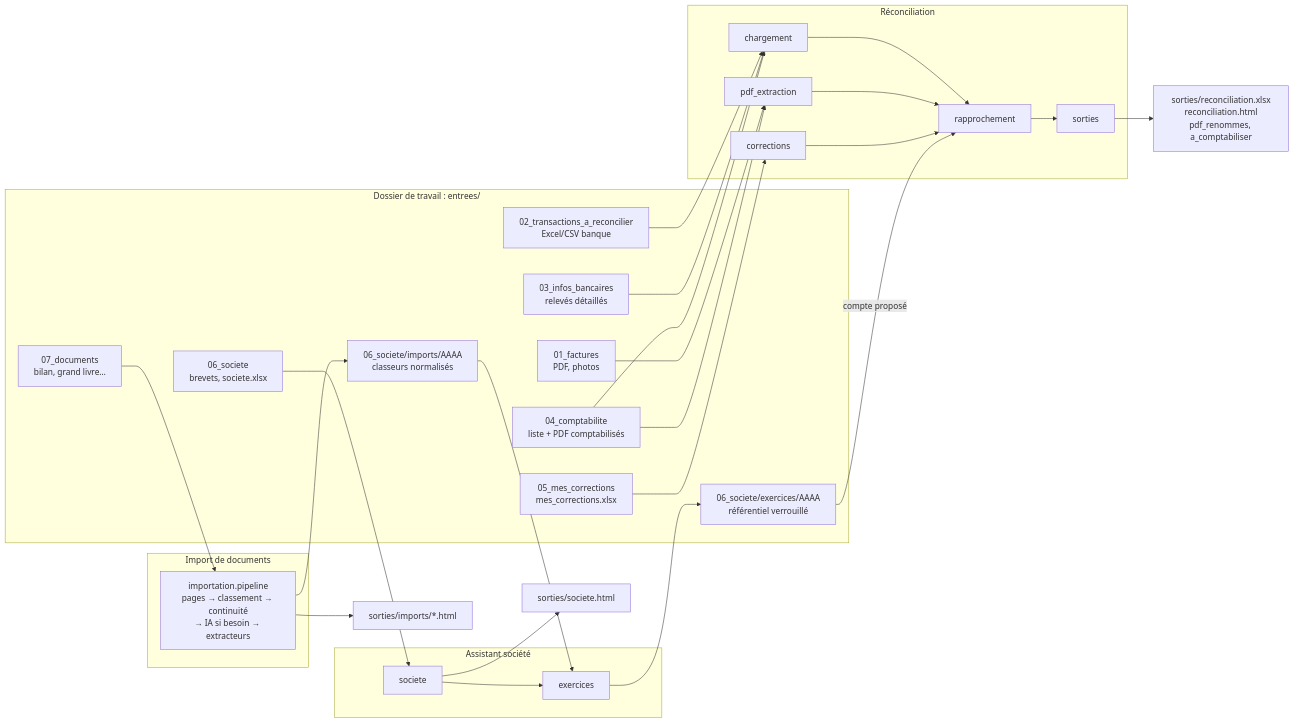
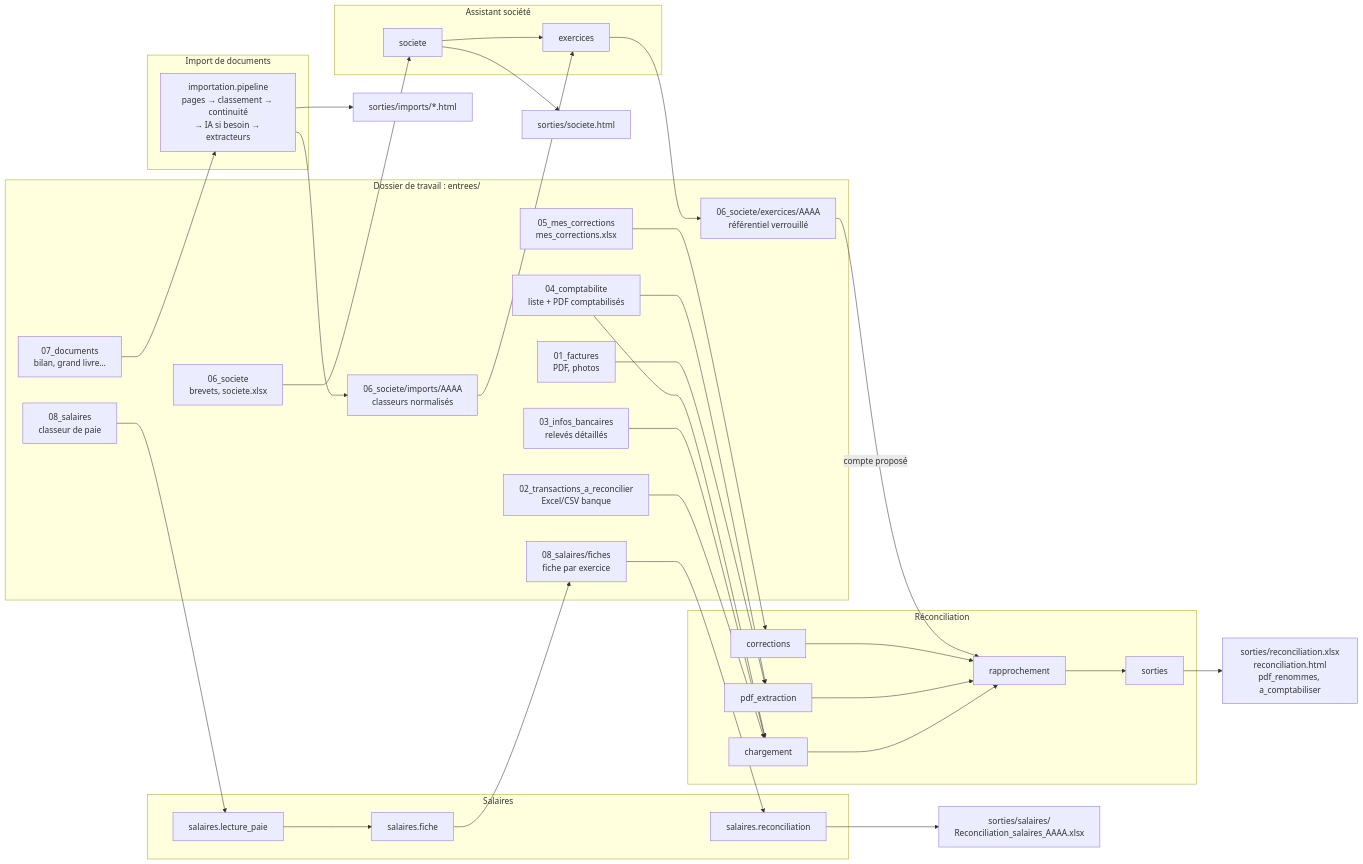
The diagram in docs/README.md (vsantacroce/Reconsigliere), drawn with Mermaid before and after one commit. The commit also changed other lines of this file and 17 other files, not shown here.

````diff
--- a/docs/README.md
+++ b/docs/README.md
@@ -29,54 +31,68 @@
 ```mermaid
 flowchart LR
   subgraph entrees["Dossier de travail : entrees/"]
     F01["01_factures<br/>PDF, photos"]
     F02["02_transactions_a_reconcilier<br/>Excel/CSV banque"]
     F03["03_infos_bancaires<br/>relevés détaillés"]
     F04["04_comptabilite<br/>liste + PDF comptabilisés"]
     F05["05_mes_corrections<br/>mes_corrections.xlsx"]
     F06["06_societe<br/>brevets, societe.xlsx"]
     F07["07_documents<br/>bilan, grand livre…"]
+    F08["08_salaires<br/>classeur de paie"]
+    FIC["08_salaires/fiches<br/>fiche par exercice"]
     IMP["06_societe/imports/AAAA<br/>classeurs normalisés"]
     EXE["06_societe/exercices/AAAA<br/>référentiel verrouillé"]
   end
 
   subgraph reco["Réconciliation"]
     CH["chargement"]
     PE["pdf_extraction"]
     CO["corrections"]
     RA["rapprochement"]
     SO["sorties"]
   end
 
   subgraph import["Import de documents"]
     PI["importation.pipeline<br/>pages → classement → continuité<br/>→ IA si besoin → extracteurs"]
+  end
+
+  subgraph sal["Salaires"]
+    LP["salaires.lecture_paie"]
+    FI["salaires.fiche"]
+    RS["salaires.reconciliation"]
   end
 
   subgraph assistant["Assistant société"]
     SOC["societe"]
     EX["exercices"]
   end
 
   F02 --> CH
   F03 --> CH
   F04 --> CH
   F01 --> PE
   F04 --> PE
   F05 --> CO
   CH --> RA
   PE --> RA
   CO --> RA
   EXE -- "compte proposé" --> RA
   RA --> SO
   SO --> OUT1["sorties/reconciliation.xlsx<br/>reconciliation.html<br/>pdf_renommes, a_comptabiliser"]
 
   F07 --> PI
   PI --> IMP
   PI --> OUT2["sorties/imports/*.html"]
 
   F06 --> SOC
   SOC --> OUT3["sorties/societe.html"]
   SOC --> EX
   IMP --> EX
   EX --> EXE
+
+  F08 --> LP
+  LP --> FI
+  FI --> FIC
+  FIC --> RS
+  RS --> OUT4["sorties/salaires/<br/>Reconciliation_salaires_AAAA.xlsx"]
 ```
````
